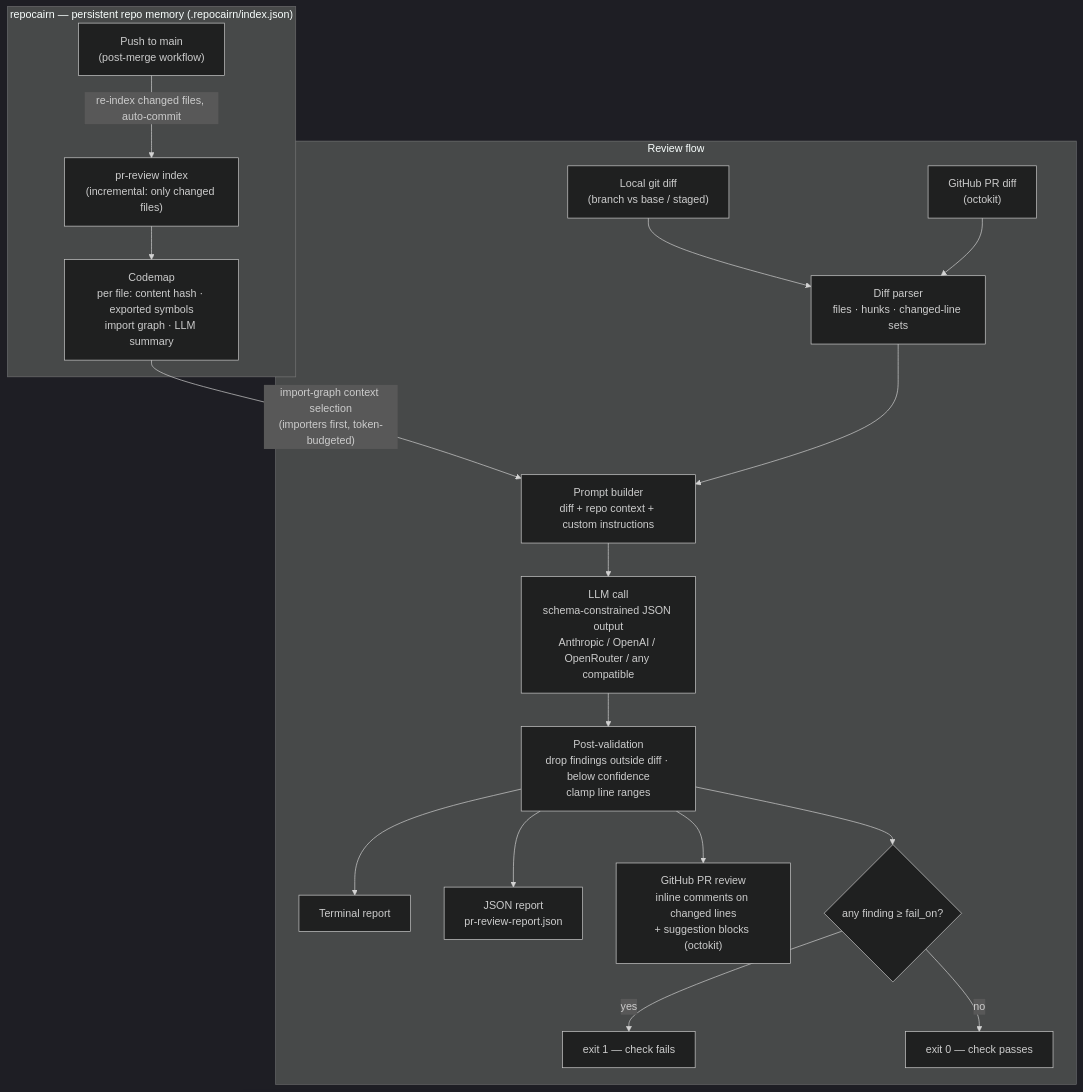
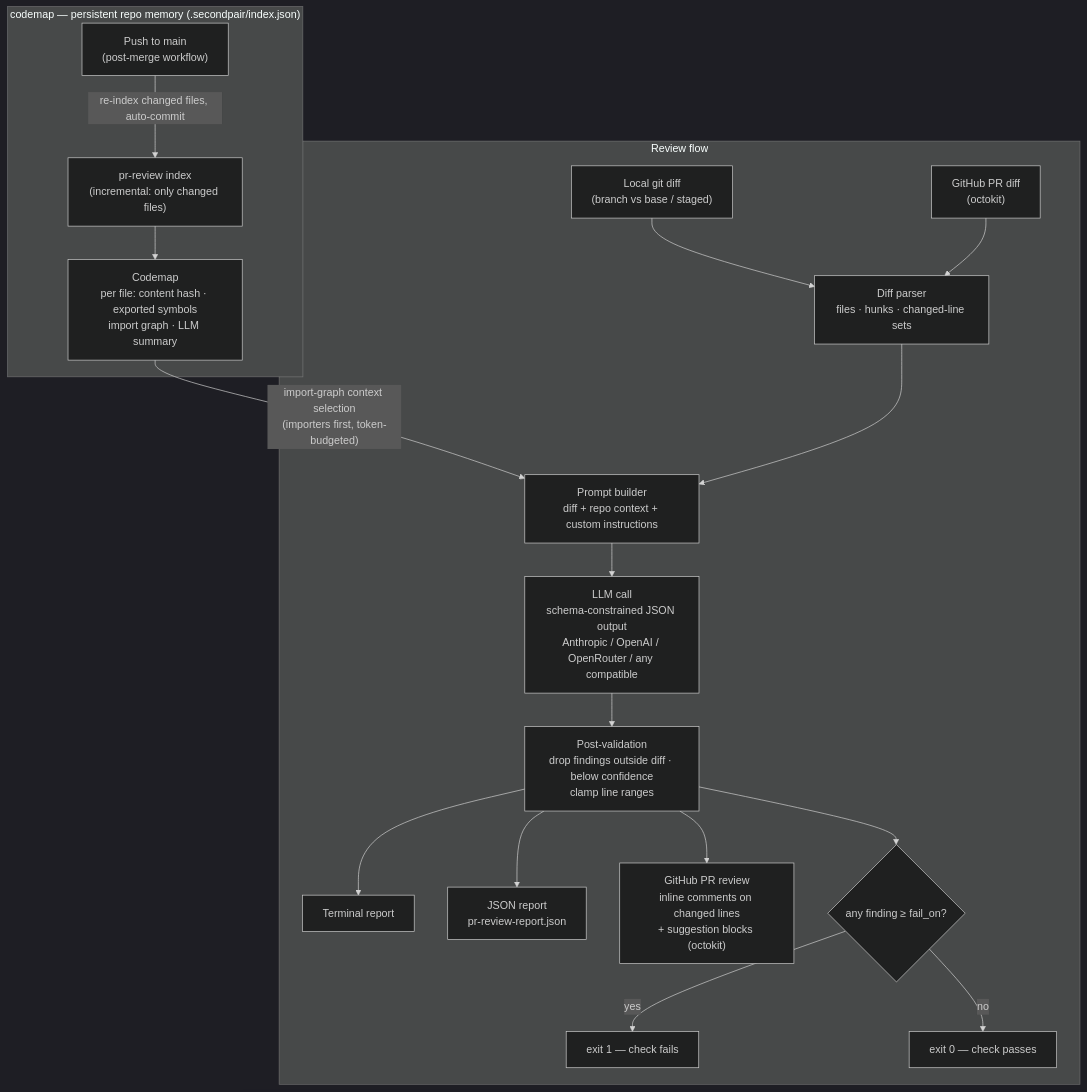
The diagram in README.md (rv-ranbir/secondpair), drawn with Mermaid (dark theme) before and after one commit. The commit also changed other lines of this file and 159 other files, not shown here.

````diff
--- a/README.md
+++ b/README.md
@@ -21,22 +21,22 @@
 ```mermaid
 flowchart TD
-    subgraph memory["repocairn — persistent repo memory (.repocairn/index.json)"]
+    subgraph memory["codemap — persistent repo memory (.secondpair/index.json)"]
         IDX["pr-review index\n(incremental: only changed files)"] --> MAP["Codemap\nper file: content hash · exported symbols\nimport graph · LLM summary"]
         MERGE["Push to main\n(post-merge workflow)"] -->|re-index changed files, auto-commit| IDX
     end
 
     subgraph review["Review flow"]
         D1["Local git diff\n(branch vs base / staged)"] --> P["Diff parser\nfiles · hunks · changed-line sets"]
         D2["GitHub PR diff\n(octokit)"] --> P
         MAP -->|"import-graph context selection\n(importers first, token-budgeted)"| PR["Prompt builder\ndiff + repo context + custom instructions"]
         P --> PR
         PR --> LLM["LLM call\nschema-constrained JSON output\nAnthropic / OpenAI / OpenRouter / any compatible"]
         LLM --> V["Post-validation\ndrop findings outside diff · below confidence\nclamp line ranges"]
         V --> R1["Terminal report"]
         V --> R2["JSON report\npr-review-report.json"]
         V --> R3["GitHub PR review\ninline comments on changed lines\n+ suggestion blocks (octokit)"]
         V --> GATE{"any finding ≥ fail_on?"}
         GATE -->|yes| FAIL["exit 1 — check fails"]
         GATE -->|no| PASS["exit 0 — check passes"]
     end
 ```
````
